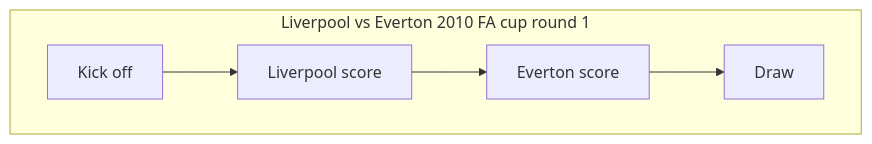
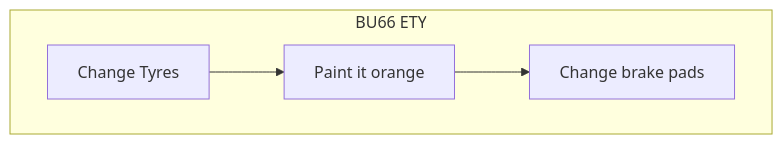
The second of 3 diagrams in Architecture/DDD.adoc (grierson/grierson), drawn with Mermaid before and after one commit. The commit also changed other lines of this file, not shown here.

```diff
--- a/Architecture/DDD.adoc
+++ b/Architecture/DDD.adoc
@@ -42,10 +45,9 @@
 [mermaid]
 ----
 flowchart TB
-    subgraph Liverpool vs Everton 2010 FA cup round 1
-    ko[Kick off] -->
-    ls[Liverpool score] --> 
-    es[Everton score] --> 
-    Draw
+    subgraph BU66 ETY
+    tyres[Change Tyres] -->
+    paint[Paint it orange] --> 
+    brakes[Change brake pads]
     end
 ----
```
